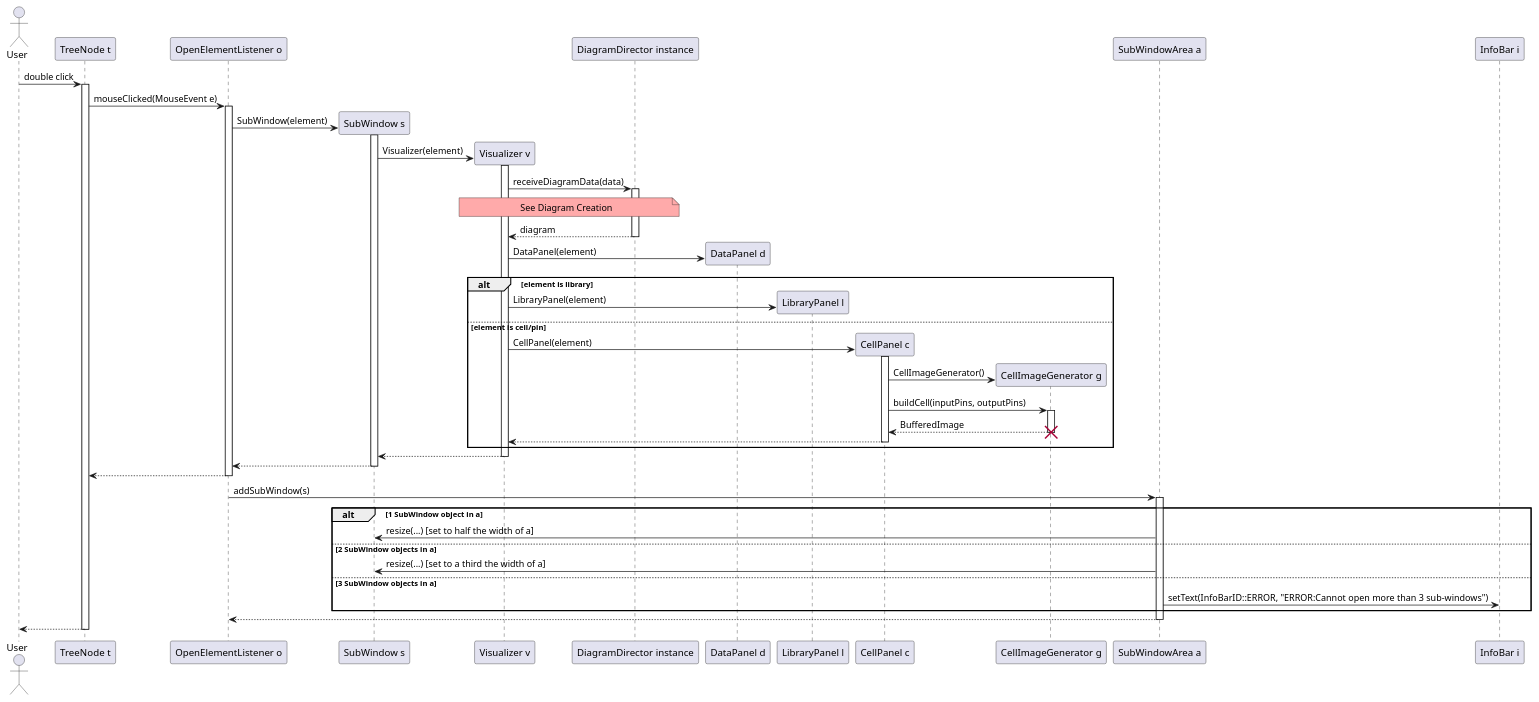
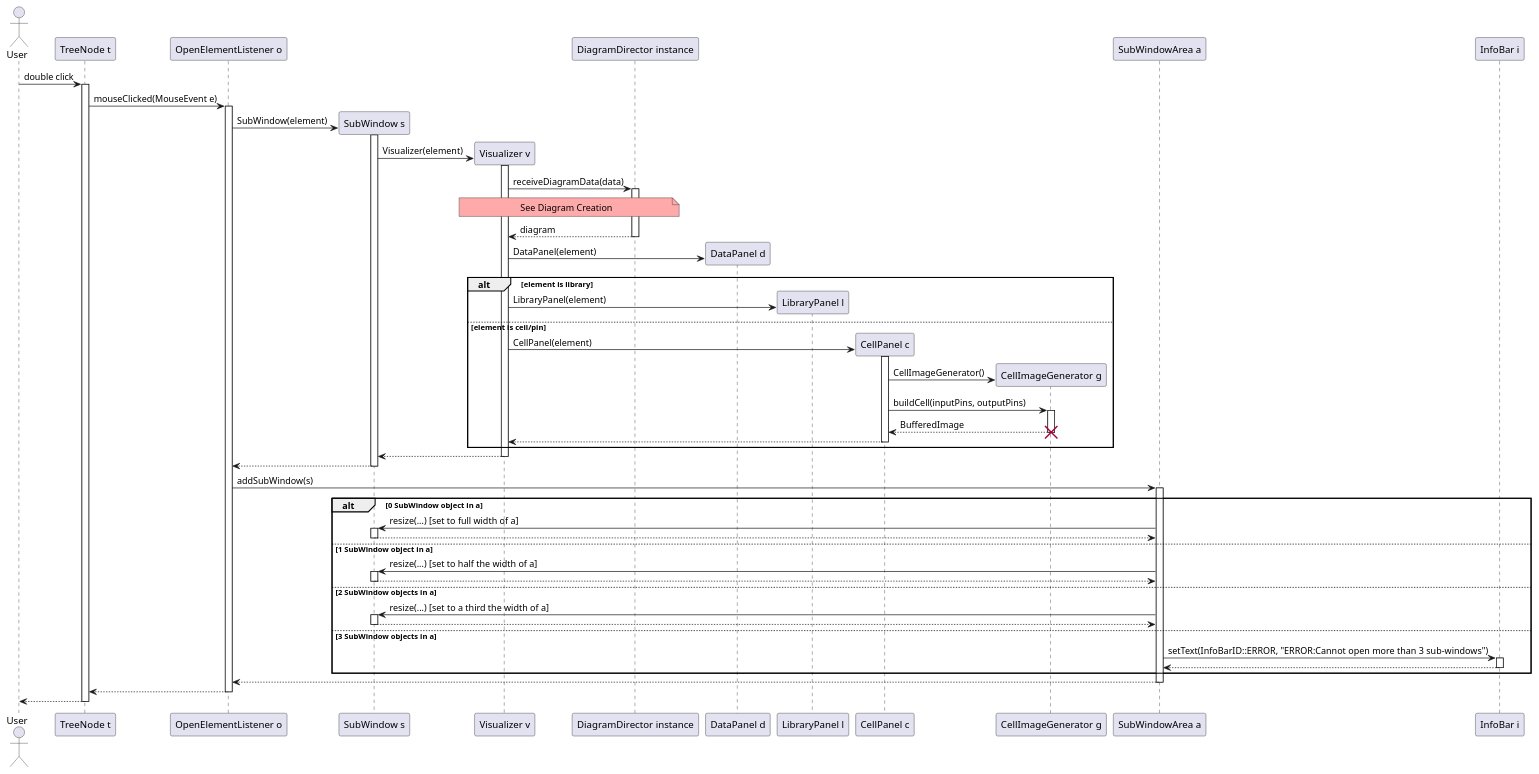
Before and after one commit to AlpTorac/PSE-Report: the diagram in Design Phase/SequenceDiagrams/FR-4.wsd, drawn with PlantUML.

Commit message:
Fix Sequence diagram for FR-4

```diff
--- a/Design Phase/SequenceDiagrams/FR-4.wsd
+++ b/Design Phase/SequenceDiagrams/FR-4.wsd
@@ -1,42 +1,48 @@
 @startuml FR-4
 skinparam responseMessageBelowArrow true
     actor User
     User -> "TreeNode t" ++ : double click
     "TreeNode t" -> "OpenElementListener o" ++ : mouseClicked(MouseEvent e)
     "OpenElementListener o" -> "SubWindow s" ** : SubWindow(element)
     activate "SubWindow s"
     "SubWindow s" -> "Visualizer v" **  : Visualizer(element)
     activate "Visualizer v"
     "Visualizer v" -> "DiagramDirector instance" ++: receiveDiagramData(data)
     note over "DiagramDirector instance", "Visualizer v"#FFAAAA
     See Diagram Creation
     end note
     return diagram
     
     "Visualizer v" -> "DataPanel d" ** : DataPanel(element)
     alt element is library
     "Visualizer v" -> "LibraryPanel l" ** : LibraryPanel(element)
     else element is cell/pin
     "Visualizer v" -> "CellPanel c" ** : CellPanel(element)
     activate "CellPanel c"
     "CellPanel c" -> "CellImageGenerator g" ** : CellImageGenerator()
     "CellPanel c" -> "CellImageGenerator g" ++ : buildCell(inputPins, outputPins)
     return BufferedImage
     destroy "CellImageGenerator g"
     return
     end
     return
+
     return
+    "OpenElementListener o" -> "SubWindowArea a" ++ : addSubWindow(s)
+    alt 0 SubWindow object in a
+    "SubWindowArea a" -> "SubWindow s" ++ : resize(...) [set to full width of a]
     return
-
-    "OpenElementListener o" -> "SubWindowArea a" ++ : addSubWindow(s)
-    alt 1 SubWindow object in a
-    "SubWindowArea a" -> "SubWindow s" : resize(...) [set to half the width of a]
+    else 1 SubWindow object in a
+    "SubWindowArea a" -> "SubWindow s" ++ : resize(...) [set to half the width of a]
+    return
     else 2 SubWindow objects in a
-    "SubWindowArea a" -> "SubWindow s" : resize(...) [set to a third the width of a]
+    "SubWindowArea a" -> "SubWindow s" ++ : resize(...) [set to a third the width of a]
+    return
     else 3 SubWindow objects in a
-    "SubWindowArea a" -> "InfoBar i" : setText(InfoBarID::ERROR, "ERROR:Cannot open more than 3 sub-windows")
+    "SubWindowArea a" -> "InfoBar i" ++ : setText(InfoBarID::ERROR, "ERROR:Cannot open more than 3 sub-windows")
+    return
     end
     return
     return
+    return
 @enduml
```
